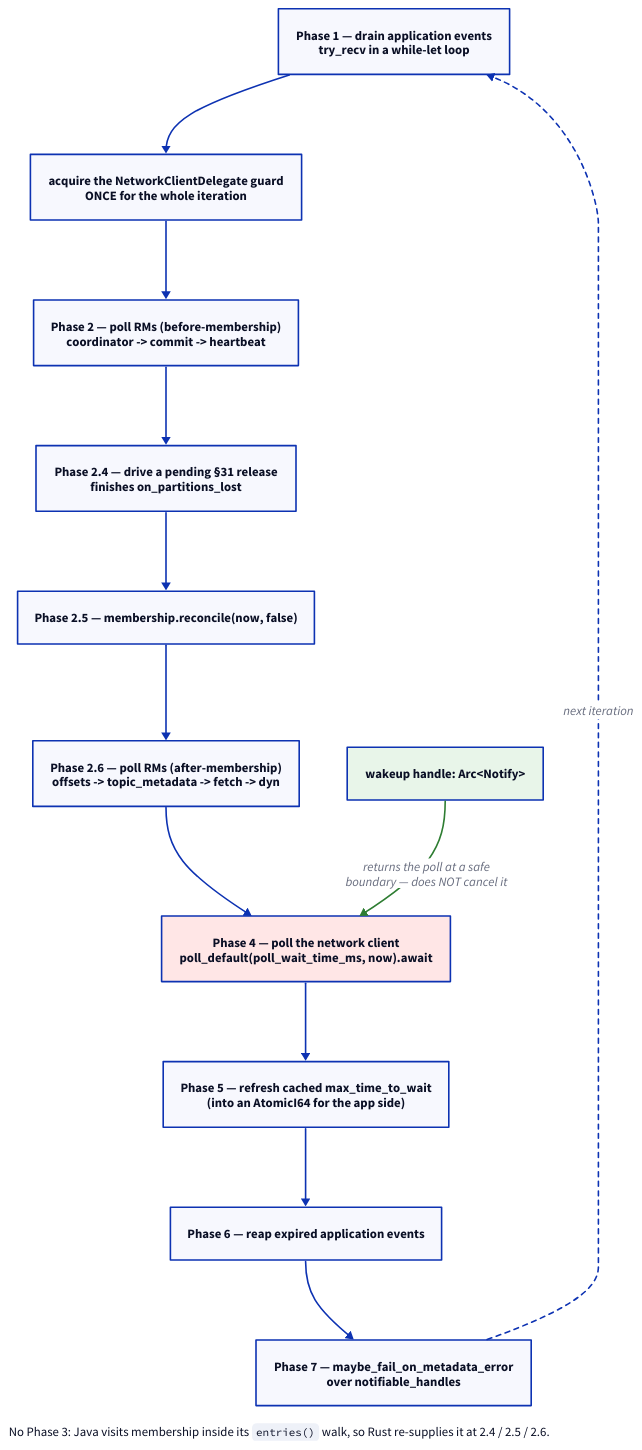
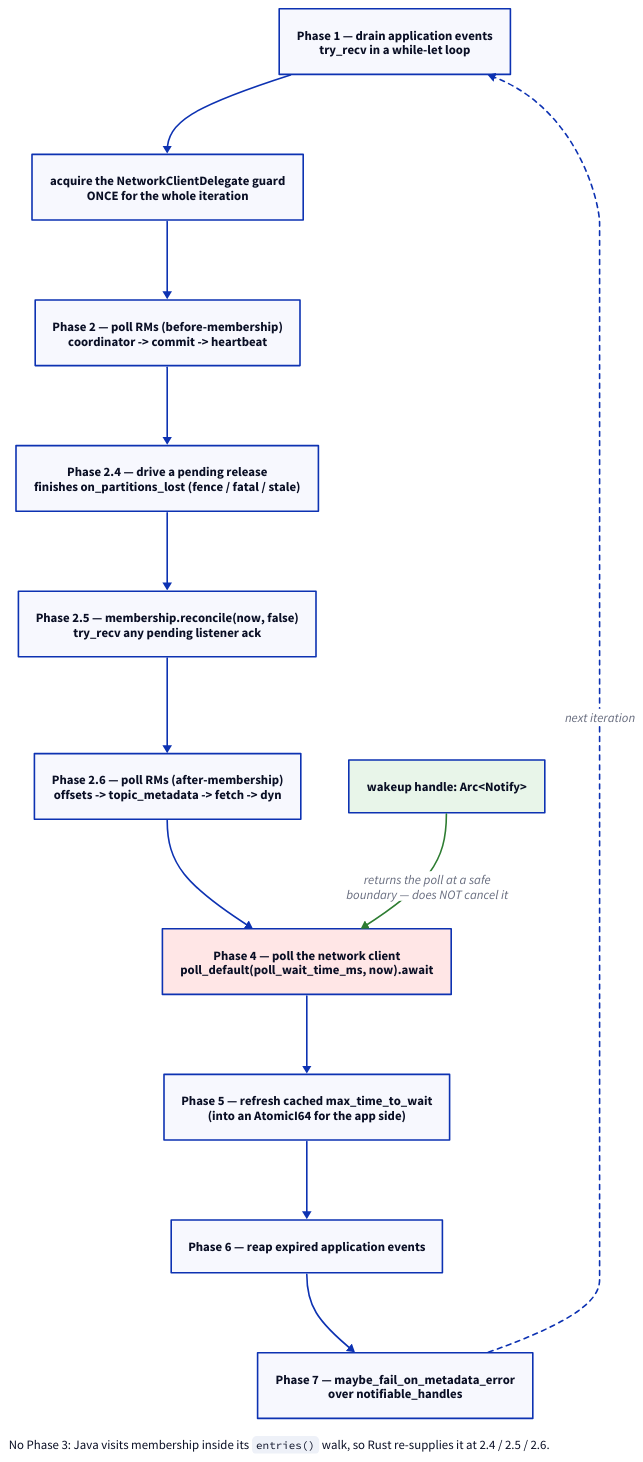
One commit to confluentinc/kafka-clients changed the diagram in design/current/img/consumer-bg-loop.d2. Above: the diagram before and after it, drawn with D2. The commit also changed 1274 other files, not shown here.

```diff
--- a/design/current/img/consumer-bg-loop.d2
+++ b/design/current/img/consumer-bg-loop.d2
@@ -1,40 +1,40 @@
 # The consumer background-task loop: one `run_once()` iteration.
 #
-# Source of truth for design/current/consumer-bg-loop.svg.
+# Source of truth for design/current/img/consumer-bg-loop.svg.
 # Render with: make -C design/current d2
 #
 # The point of this diagram: the phase numbers are Java's
 # `ConsumerNetworkThread.runOnce()` steps, and phase 4 is a plain `.await`
 # with nothing racing it -- wakeups arrive through the selector's Notify,
 # they never cancel the poll.
 
 direction: down
 
 p1: "Phase 1 — drain application events\ntry_recv in a while-let loop"
 guard: "acquire the NetworkClientDelegate guard\nONCE for the whole iteration"
 p2: "Phase 2 — poll RMs (before-membership)\ncoordinator -> commit -> heartbeat"
-p24: "Phase 2.4 — drive a pending §31 release\nfinishes on_partitions_lost"
-p25: "Phase 2.5 — membership.reconcile(now, false)"
+p24: "Phase 2.4 — drive a pending release\nfinishes on_partitions_lost (fence / fatal / stale)"
+p25: "Phase 2.5 — membership.reconcile(now, false)\ntry_recv any pending listener ack"
 p26: "Phase 2.6 — poll RMs (after-membership)\noffsets -> topic_metadata -> fetch -> dyn"
 p4: "Phase 4 — poll the network client\npoll_default(poll_wait_time_ms, now).await" {
   style.fill: "#ffe6e6"
   style.bold: true
 }
 p5: "Phase 5 — refresh cached max_time_to_wait\n(into an AtomicI64 for the app side)"
 p6: "Phase 6 — reap expired application events"
 p7: "Phase 7 — maybe_fail_on_metadata_error\nover notifiable_handles"
 
 p1 -> guard -> p2 -> p24 -> p25 -> p26 -> p4 -> p5 -> p6 -> p7
 p7 -> p1: "next iteration" {style.stroke-dash: 3}
 
 wake: "wakeup handle: Arc<Notify>" {
   style.fill: "#e8f5e9"
 }
 wake -> p4: "returns the poll at a safe\nboundary — does NOT cancel it" {
   style.stroke: "#2e7d32"
 }
 
 note: |md
   No Phase 3: Java visits membership inside its `entries()` walk,
   so Rust re-supplies it at 2.4 / 2.5 / 2.6.
 | {near: bottom-center}
```
